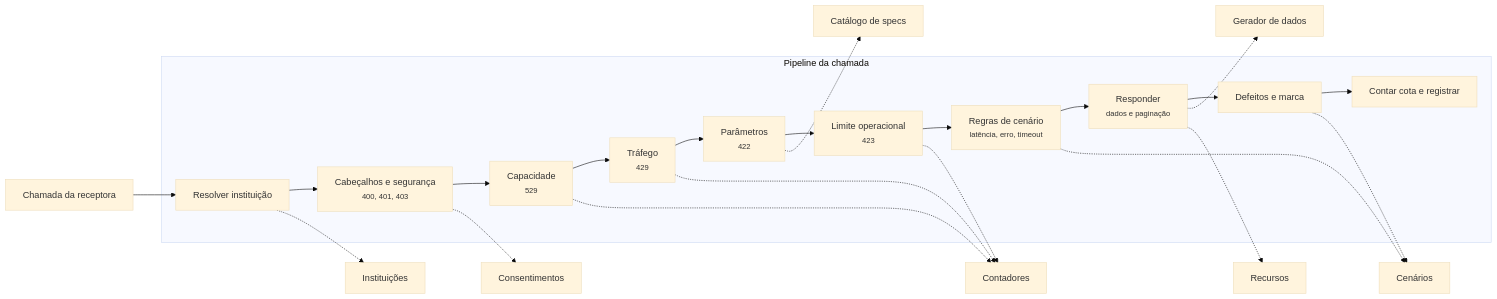
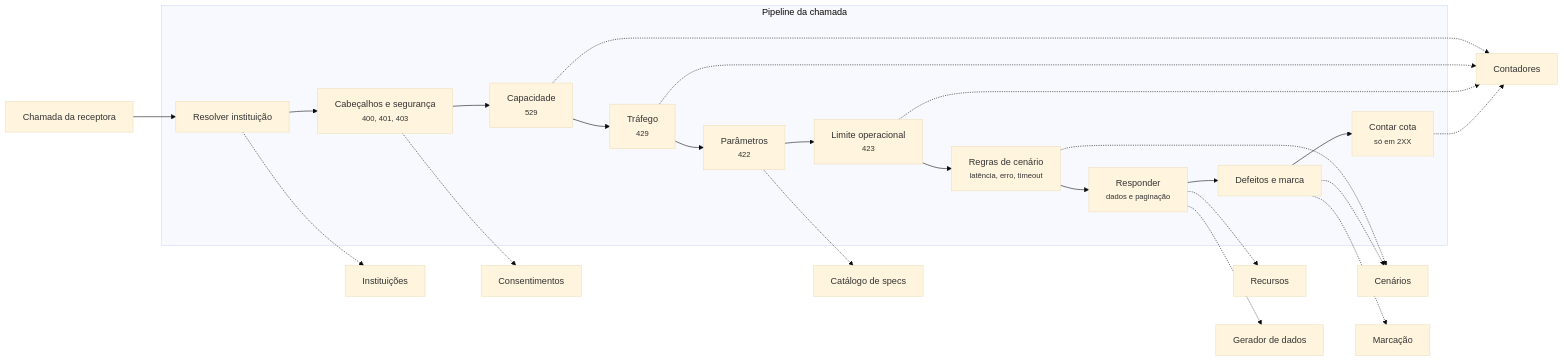
One commit to marcelosotto/open-finance-simulator changed the diagram in docs/02-arquitetura/c4/C3-componentes.md. Above: the diagram before and after it, drawn with Mermaid (base theme). The commit also changed other lines of this file and 108 other files, not shown here.

````diff
--- a/docs/02-arquitetura/c4/C3-componentes.md
+++ b/docs/02-arquitetura/c4/C3-componentes.md
@@ -7,38 +7,41 @@
 ```mermaid
 flowchart LR
   req["Chamada da receptora"]
 
   subgraph pipeline["Pipeline da chamada"]
     p1["Resolver instituição"]
     p2["Cabeçalhos e segurança<br/><small>400, 401, 403</small>"]
     p3["Capacidade<br/><small>529</small>"]
     p4["Tráfego<br/><small>429</small>"]
     p5["Parâmetros<br/><small>422</small>"]
     p6["Limite operacional<br/><small>423</small>"]
     p7["Regras de cenário<br/><small>latência, erro, timeout</small>"]
     p8["Responder<br/><small>dados e paginação</small>"]
     p9["Defeitos e marca"]
-    p10["Contar cota e registrar"]
+    p10["Contar cota<br/><small>só em 2XX</small>"]
     p1-->p2-->p3-->p4-->p5-->p6-->p7-->p8-->p9-->p10
   end
   req --> p1
 
   cat["Catálogo de specs"]
   inst["Instituições"]
   cons["Consentimentos"]
   rec["Recursos"]
   ger["Gerador de dados"]
   lim["Contadores"]
   cen["Cenários"]
+  mar["Marcação"]
 
   p1-.->inst
   p2-.->cons
   p3-.->lim
   p4-.->lim
   p5-.->cat
   p6-.->lim
   p7-.->cen
   p8-.->ger
   p8-.->rec
   p9-.->cen
+  p9-.->mar
+  p10-.->lim
 ```
````
